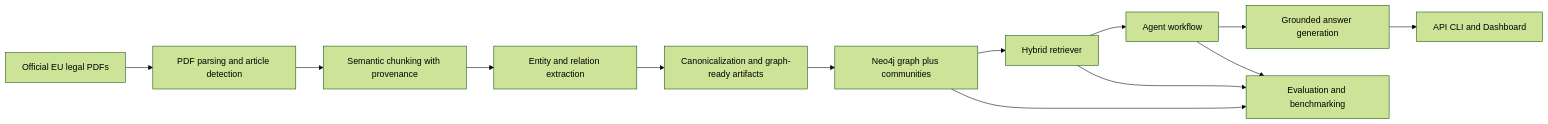
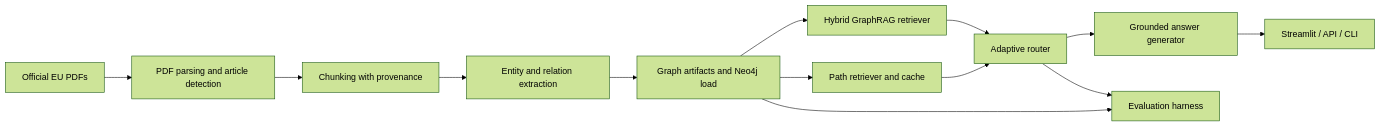
Before and after one commit to Mehulupase01/GraphRAG-Engine-Knowledge-Graph-Agentic-Retrieval-with-Neo4j-LangGraph: the first of 4 diagrams in README.md, drawn with Mermaid (forest theme). The commit also changed other lines of this file and 9 other files, not shown here.

First line of the commit message:
Introduce PathCacheRAG docs and UI updates

````diff
--- a/README.md
+++ b/README.md
@@ -152,15 +122,15 @@
 ```mermaid
 flowchart LR
-    A["Official EU legal PDFs"] --> B["PDF parsing and article detection"]
-    B --> C["Semantic chunking with provenance"]
+    A["Official EU PDFs"] --> B["PDF parsing and article detection"]
+    B --> C["Chunking with provenance"]
     C --> D["Entity and relation extraction"]
-    D --> E["Canonicalization and graph-ready artifacts"]
-    E --> F["Neo4j graph plus communities"]
-    F --> G["Hybrid retriever"]
-    G --> H["Agent workflow"]
-    H --> I["Grounded answer generation"]
-    I --> J["API CLI and Dashboard"]
-    F --> K["Evaluation and benchmarking"]
-    G --> K
+    D --> E["Graph artifacts and Neo4j load"]
+    E --> F["Hybrid GraphRAG retriever"]
+    E --> G["Path retriever and cache"]
+    F --> H["Adaptive router"]
+    G --> H
+    H --> I["Grounded answer generator"]
+    I --> J["Streamlit / API / CLI"]
+    E --> K["Evaluation harness"]
     H --> K
 ```
````
